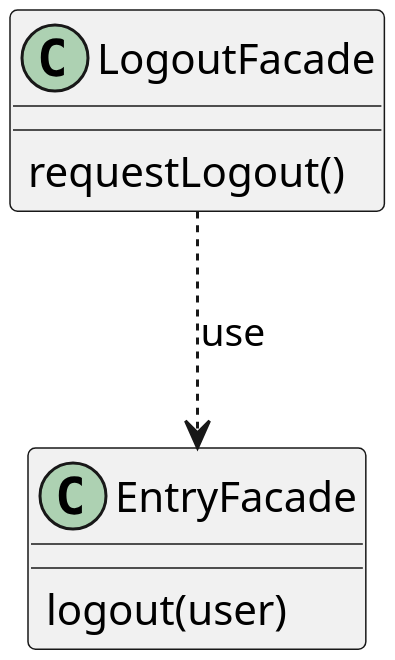
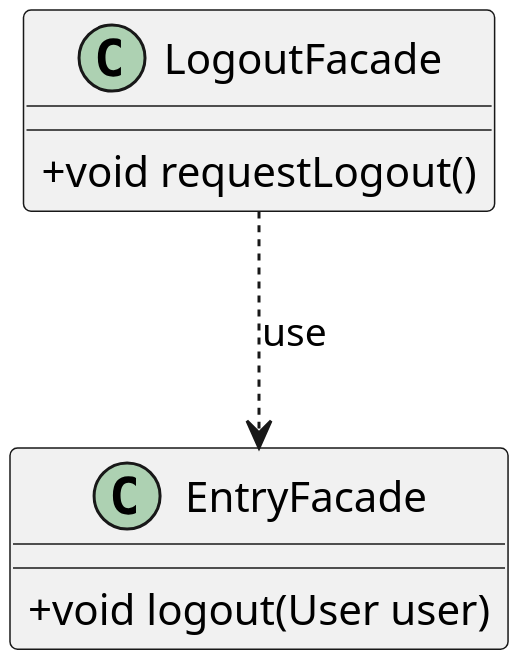
Before and after one commit to soleyman79/Qasedak: the diagram in Diagrams/Design Class/Logout.puml, drawn with PlantUML.

Commit message:
Logout: add type and privacy

```diff
--- a/Diagrams/Design Class/Logout.puml
+++ b/Diagrams/Design Class/Logout.puml
@@ -1,17 +1,17 @@
 @startuml logout
 
 scale 3
 skinparam DefaultFontName B Nazanin
-
+skinparam classAttributeIconSize 0
 
 class LogoutFacade {
-    requestLogout()
+    +void requestLogout()
 }
 
 class EntryFacade {
-    logout(user)
+    +void logout(User user)
 }
 
 LogoutFacade ..> EntryFacade :use
 
 @enduml
```
